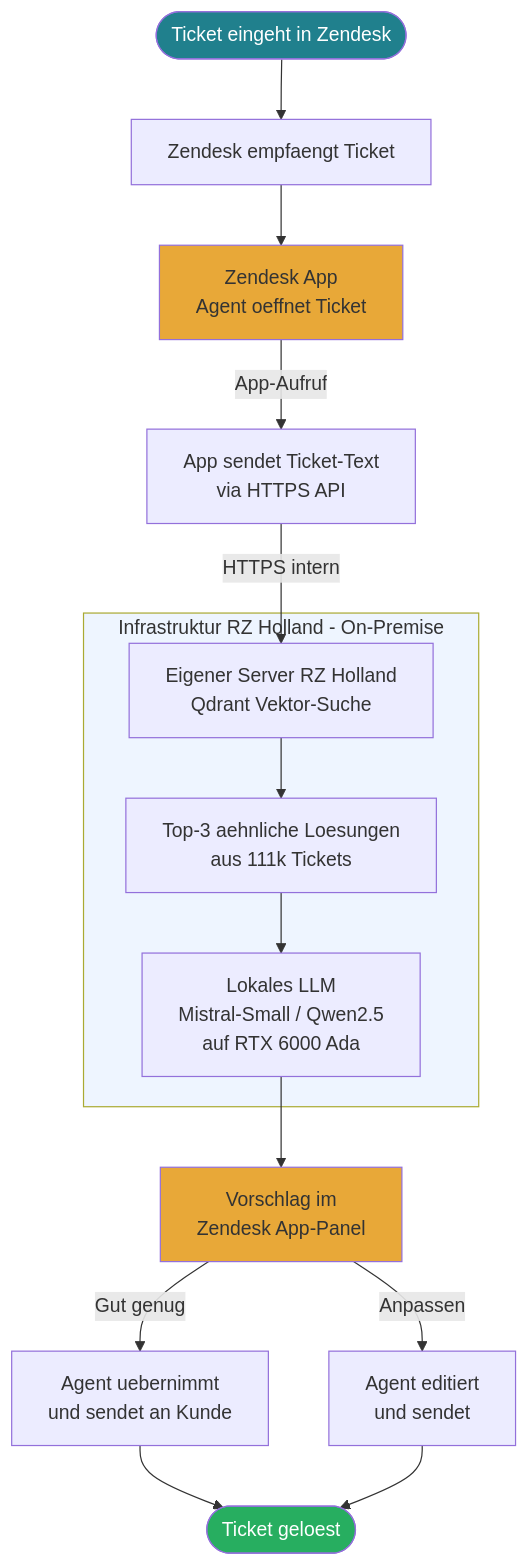
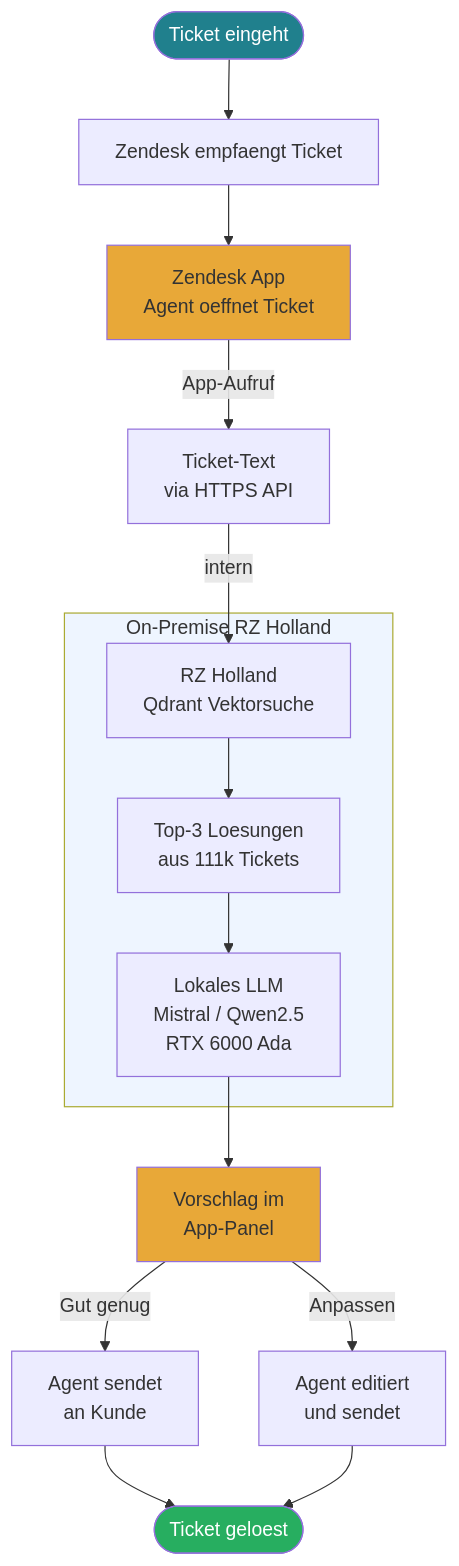
One commit to tekknix/zendesk-ai changed the fifth of 11 diagrams in readme.md. Above: the diagram before and after it, drawn with Mermaid. The commit also changed other lines of this file, not shown here.

````diff
--- a/readme.md
+++ b/readme.md
@@ -91,26 +102,26 @@
 ```mermaid
 flowchart TD
-    A([Ticket eingeht in Zendesk]) --> B[Zendesk empfaengt Ticket]
+    A([Ticket eingeht]) --> B[Zendesk empfaengt Ticket]
     B --> C[Zendesk App<br>Agent oeffnet Ticket]
-    C -->|App-Aufruf| D[App sendet Ticket-Text<br>via HTTPS API]
-    D -->|HTTPS intern| E[Eigener Server RZ Holland<br>Qdrant Vektor-Suche]
-    E --> F[Top-3 aehnliche Loesungen<br>aus 111k Tickets]
-    F --> G[Lokales LLM<br>Mistral-Small / Qwen2.5<br>auf RTX 6000 Ada]
-    G --> H[Vorschlag im<br>Zendesk App-Panel]
-    H -->|Gut genug| I[Agent uebernimmt<br>und sendet an Kunde]
+    C -->|App-Aufruf| D[Ticket-Text<br>via HTTPS API]
+    D -->|intern| E[RZ Holland<br>Qdrant Vektorsuche]
+    E --> F[Top-3 Loesungen<br>aus 111k Tickets]
+    F --> G[Lokales LLM<br>Mistral / Qwen2.5<br>RTX 6000 Ada]
+    G --> H[Vorschlag im<br>App-Panel]
+    H -->|Gut genug| I[Agent sendet<br>an Kunde]
     H -->|Anpassen| K[Agent editiert<br>und sendet]
     I --> L([Ticket geloest])
     K --> L
 
-    subgraph INFRA [Infrastruktur RZ Holland - On-Premise]
+    subgraph INFRA [On-Premise RZ Holland]
         E
         F
         G
     end
 
     style A fill:#20808D,color:#fff
     style C fill:#E8A838,color:#333
     style H fill:#E8A838,color:#333
     style L fill:#27AE60,color:#fff
     style INFRA fill:#eef5ff,color:#333
 ```
````
